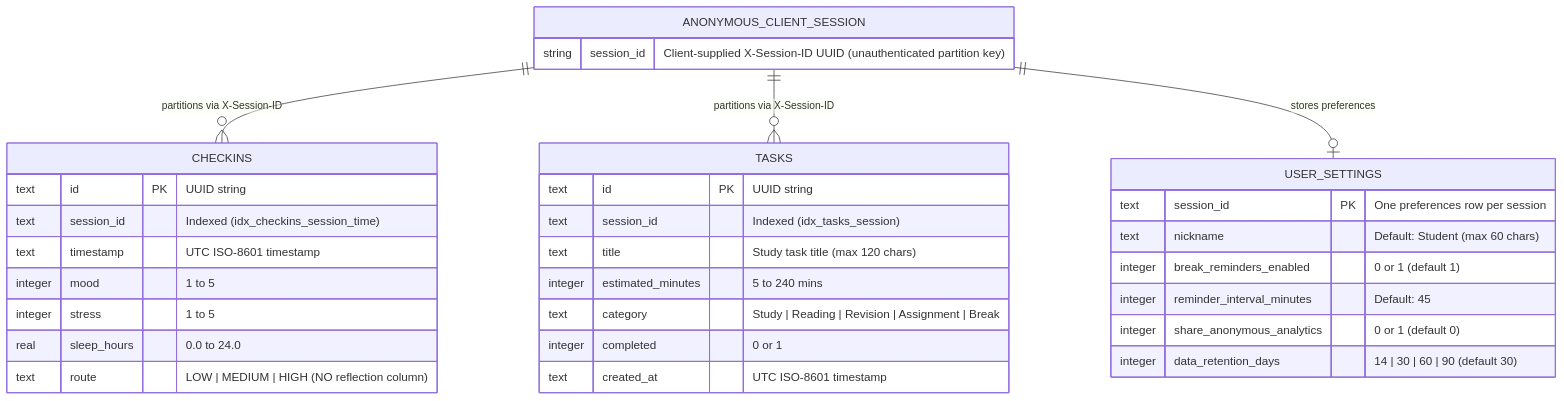
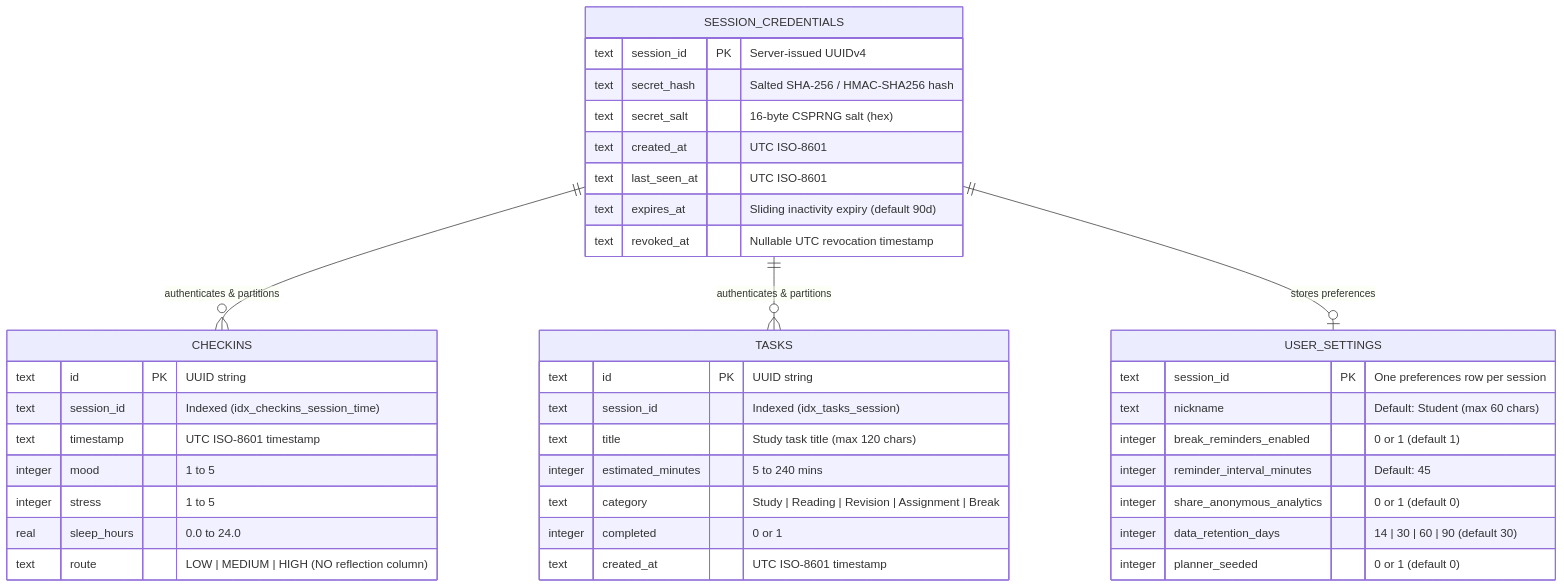
The fifth of 7 diagrams in README.md (nikhi20-900/calmspace), drawn with Mermaid before and after one commit. The commit also changed other lines of this file and 35 other files, not shown here.

Commit message:
feat(security): enforce server-issued session credentials, rotation, revocation, and release readiness

````diff
--- a/README.md
+++ b/README.md
@@ -237,39 +238,46 @@
 ```mermaid
 erDiagram
-    ANONYMOUS_CLIENT_SESSION {
-        string session_id "Client-supplied X-Session-ID UUID (unauthenticated partition key)"
+    SESSION_CREDENTIALS {
+        text session_id PK "Server-issued UUIDv4"
+        text secret_hash "Salted SHA-256 / HMAC-SHA256 hash"
+        text secret_salt "16-byte CSPRNG salt (hex)"
+        text created_at "UTC ISO-8601"
+        text last_seen_at "UTC ISO-8601"
+        text expires_at "Sliding inactivity expiry (default 90d)"
+        text revoked_at "Nullable UTC revocation timestamp"
     }
 
     CHECKINS {
         text id PK "UUID string"
         text session_id "Indexed (idx_checkins_session_time)"
         text timestamp "UTC ISO-8601 timestamp"
         integer mood "1 to 5"
         integer stress "1 to 5"
         real sleep_hours "0.0 to 24.0"
         text route "LOW | MEDIUM | HIGH (NO reflection column)"
     }
 
     TASKS {
         text id PK "UUID string"
         text session_id "Indexed (idx_tasks_session)"
         text title "Study task title (max 120 chars)"
         integer estimated_minutes "5 to 240 mins"
         text category "Study | Reading | Revision | Assignment | Break"
         integer completed "0 or 1"
         text created_at "UTC ISO-8601 timestamp"
     }
 
     USER_SETTINGS {
         text session_id PK "One preferences row per session"
         text nickname "Default: Student (max 60 chars)"
         integer break_reminders_enabled "0 or 1 (default 1)"
         integer reminder_interval_minutes "Default: 45"
         integer share_anonymous_analytics "0 or 1 (default 0)"
         integer data_retention_days "14 | 30 | 60 | 90 (default 30)"
+        integer planner_seeded "0 or 1 (default 0)"
     }
 
-    ANONYMOUS_CLIENT_SESSION ||--o{ CHECKINS : "partitions via X-Session-ID"
-    ANONYMOUS_CLIENT_SESSION ||--o{ TASKS : "partitions via X-Session-ID"
-    ANONYMOUS_CLIENT_SESSION ||--o| USER_SETTINGS : "stores preferences"
+    SESSION_CREDENTIALS ||--o{ CHECKINS : "authenticates & partitions"
+    SESSION_CREDENTIALS ||--o{ TASKS : "authenticates & partitions"
+    SESSION_CREDENTIALS ||--o| USER_SETTINGS : "stores preferences"
 ```
````
